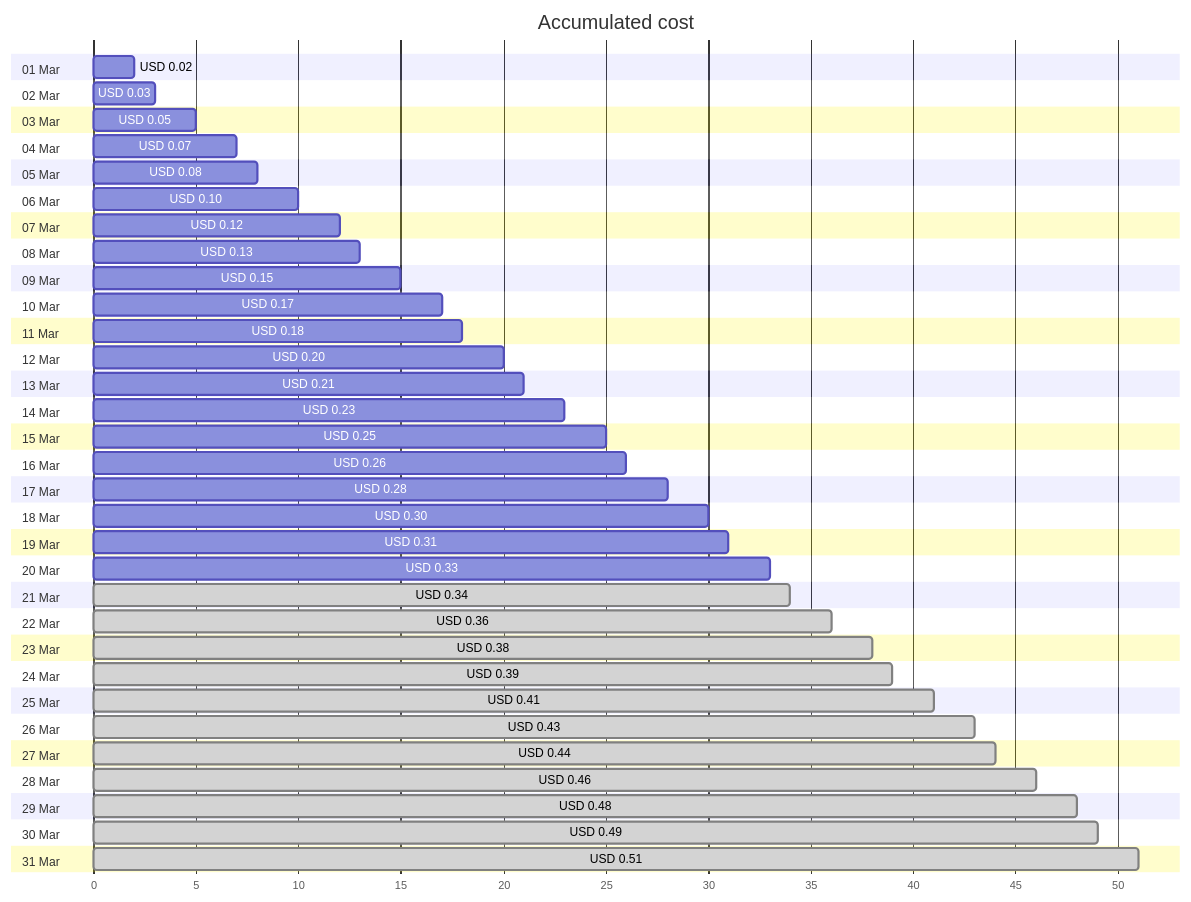
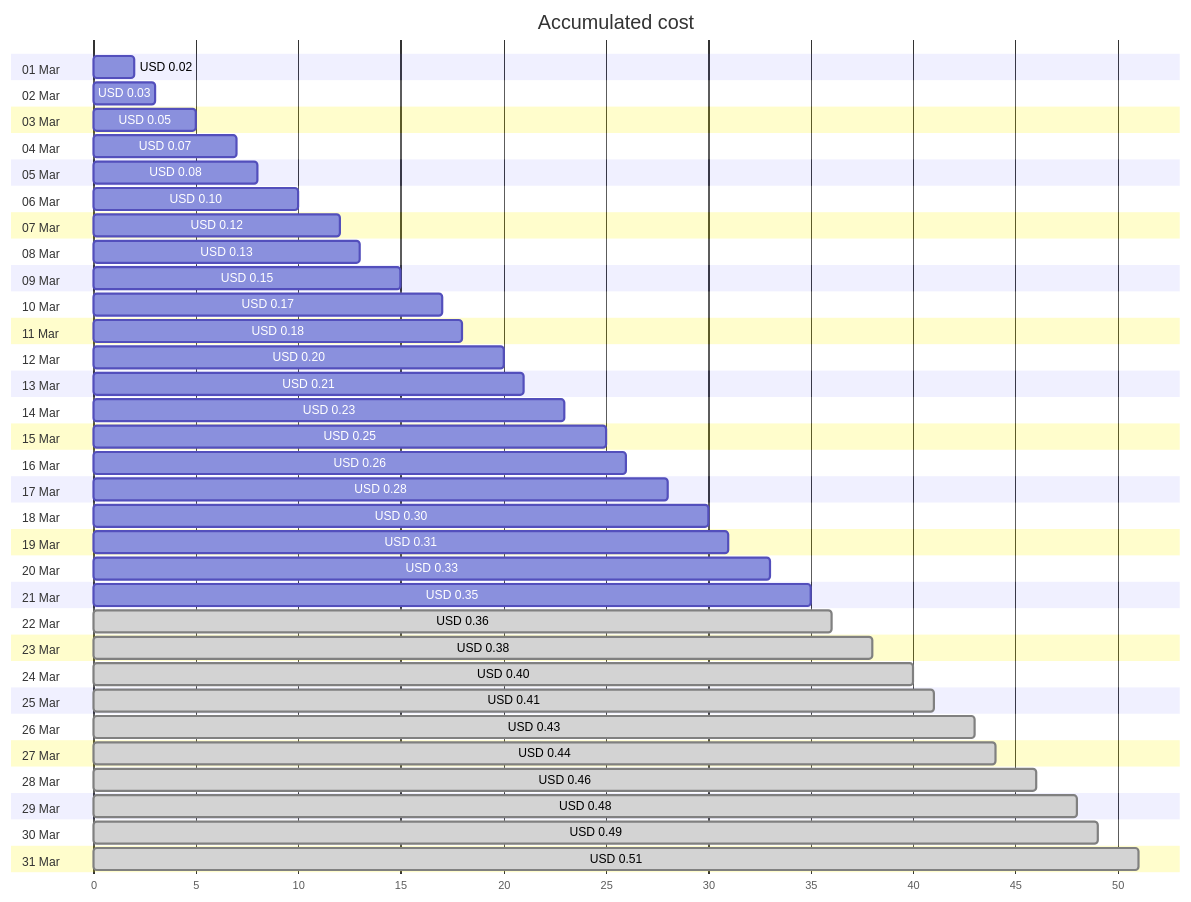
One commit to jpfulton/azure-personal-reports changed the first of 4 diagrams in cost-reports/personal-dns/jpatrickfulton.dev.md. Above: the diagram before and after it, drawn with Mermaid. The commit also changed other lines of this file and 2 other files, not shown here.

````diff
--- a/cost-reports/personal-dns/jpatrickfulton.dev.md
+++ b/cost-reports/personal-dns/jpatrickfulton.dev.md
@@ -20,68 +20,68 @@
 ```mermaid
 gantt
    title Accumulated cost
    dateFormat  X
    axisFormat %s
    section 01 Mar
    USD 0.02 :0, 2
    section 02 Mar
    USD 0.03 :0, 3
    section 03 Mar
    USD 0.05 :0, 5
    section 04 Mar
    USD 0.07 :0, 7
    section 05 Mar
    USD 0.08 :0, 8
    section 06 Mar
    USD 0.10 :0, 10
    section 07 Mar
    USD 0.12 :0, 12
    section 08 Mar
    USD 0.13 :0, 13
    section 09 Mar
    USD 0.15 :0, 15
    section 10 Mar
    USD 0.17 :0, 17
    section 11 Mar
    USD 0.18 :0, 18
    section 12 Mar
    USD 0.20 :0, 20
    section 13 Mar
    USD 0.21 :0, 21
    section 14 Mar
    USD 0.23 :0, 23
    section 15 Mar
    USD 0.25 :0, 25
    section 16 Mar
    USD 0.26 :0, 26
    section 17 Mar
    USD 0.28 :0, 28
    section 18 Mar
    USD 0.30 :0, 30
    section 19 Mar
    USD 0.31 :0, 31
    section 20 Mar
    USD 0.33 :0, 33
    section 21 Mar
-   USD 0.34 : done, 0, 34
+   USD 0.35 :0, 35
    section 22 Mar
    USD 0.36 : done, 0, 36
    section 23 Mar
    USD 0.38 : done, 0, 38
    section 24 Mar
-   USD 0.39 : done, 0, 39
+   USD 0.40 : done, 0, 40
    section 25 Mar
    USD 0.41 : done, 0, 41
    section 26 Mar
    USD 0.43 : done, 0, 43
    section 27 Mar
    USD 0.44 : done, 0, 44
    section 28 Mar
    USD 0.46 : done, 0, 46
    section 29 Mar
    USD 0.48 : done, 0, 48
    section 30 Mar
    USD 0.49 : done, 0, 49
    section 31 Mar
    USD 0.51 : done, 0, 51
 ```
````
